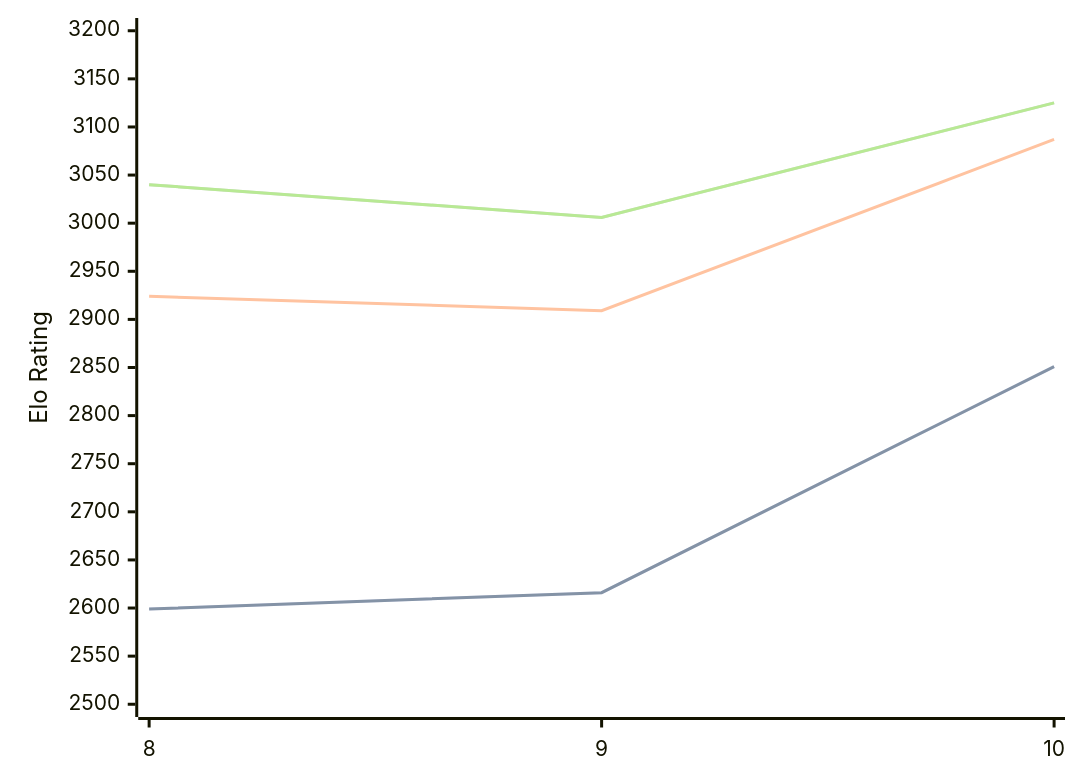
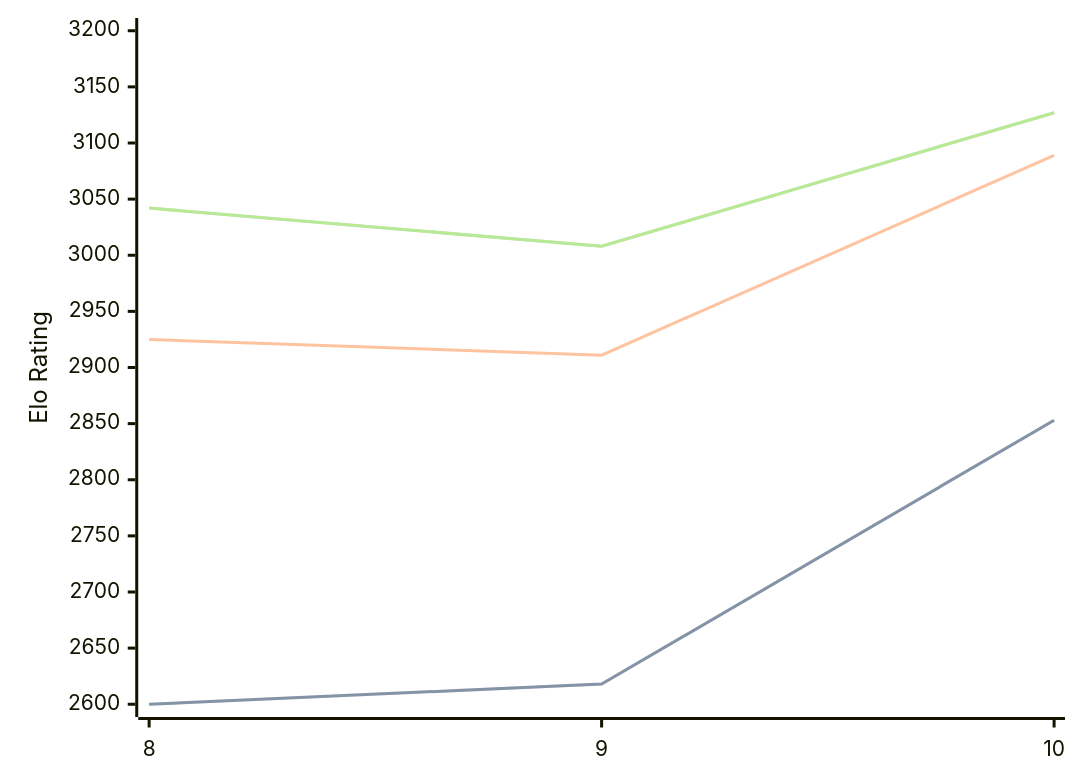
Before and after one commit to computer-chess-index/cci: the diagram in engines/Lozza.md, drawn with Mermaid. The commit also changed other lines of this file, not shown here.

Commit message:
Update CCI Ratings (ELO VLTC) - 2026-10-09

````diff
--- a/engines/Lozza.md
+++ b/engines/Lozza.md
@@ -33,11 +33,11 @@
 ```mermaid
 %%{init: {"theme":"base","themeVariables":{"seriesColors:['#a3a3a3','#222221','#faa371']}}}%%
 xychart-beta
   x-axis ["8", "9", "10"]
-  y-axis "Elo Rating" 2500 --> 3200
-  line "" [2599, 2616, 2851]
-  line "STC (8.0+0.08s)" [2599, 2616, 2851]
-  line "LTC (60.0+0.60s)" [2924, 2909, 3087]
-  line "" [3040, 3006, 3125]
-  line "VLTC (2m24s+1.12s)" [3040, 3006, 3125]
+  y-axis "Elo Rating" 2600 --> 3200
+  line "" [2600, 2618, 2853]
+  line "STC (8.0+0.08s)" [2600, 2618, 2853]
+  line "LTC (60.0+0.60s)" [2925, 2911, 3089]
+  line "" [3042, 3008, 3127]
+  line "VLTC (2m24s+1.12s)" [3042, 3008, 3127]
 ```
````
